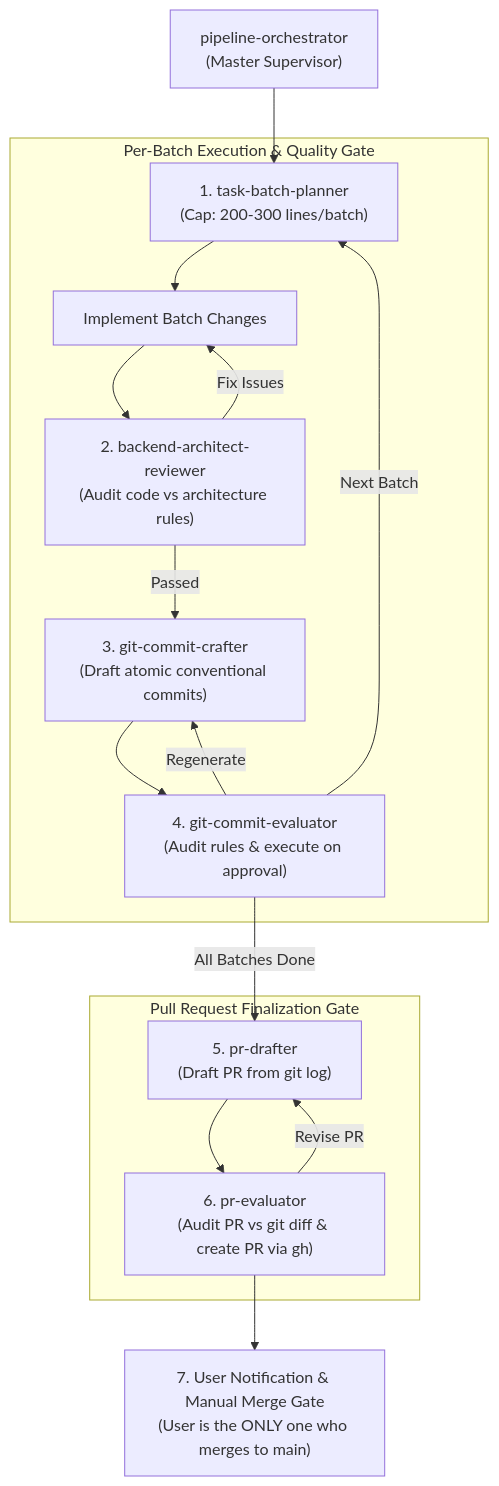
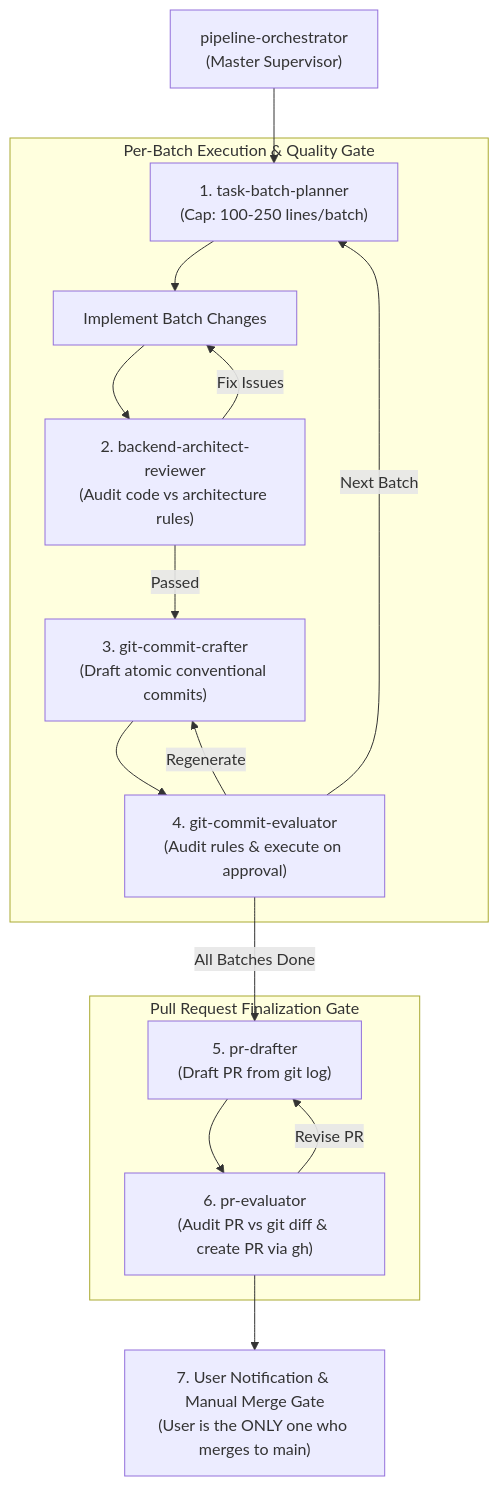
Before and after one commit to Althaf-vt/MentorQ: the diagram in .agents/README.md, drawn with Mermaid. The commit also changed other lines of this file, not shown here.

Commit message:
docs(tooling): update batch sizing in agent architecture documentation

````diff
--- a/.agents/README.md
+++ b/.agents/README.md
@@ -32,23 +32,23 @@
 ```mermaid
 flowchart TD
-    Orchestrator["pipeline-orchestrator\n(Master Supervisor)"] --> Planner["1. task-batch-planner\n(Cap: 200-300 lines/batch)"]
+    Orchestrator["pipeline-orchestrator\n(Master Supervisor)"] --> Planner["1. task-batch-planner\n(Cap: 100-250 lines/batch)"]
 
     subgraph BatchLoop ["Per-Batch Execution & Quality Gate"]
         Planner --> Implement["Implement Batch Changes"]
         Implement --> ArchReview["2. backend-architect-reviewer\n(Audit code vs architecture rules)"]
         ArchReview -->|Fix Issues| Implement
         ArchReview -->|Passed| CommitCraft["3. git-commit-crafter\n(Draft atomic conventional commits)"]
         CommitCraft --> CommitEval["4. git-commit-evaluator\n(Audit rules & execute on approval)"]
         CommitEval -->|Regenerate| CommitCraft
     end
 
     CommitEval -->|Next Batch| Planner
     CommitEval -->|All Batches Done| PRDraft["5. pr-drafter\n(Draft PR from git log)"]
 
     subgraph PRLoop ["Pull Request Finalization Gate"]
         PRDraft --> PREval["6. pr-evaluator\n(Audit PR vs git diff & create PR via gh)"]
         PREval -->|Revise PR| PRDraft
     end
 
     PREval --> UserHandOff["7. User Notification & Manual Merge Gate\n(User is the ONLY one who merges to main)"]
 ```
````
